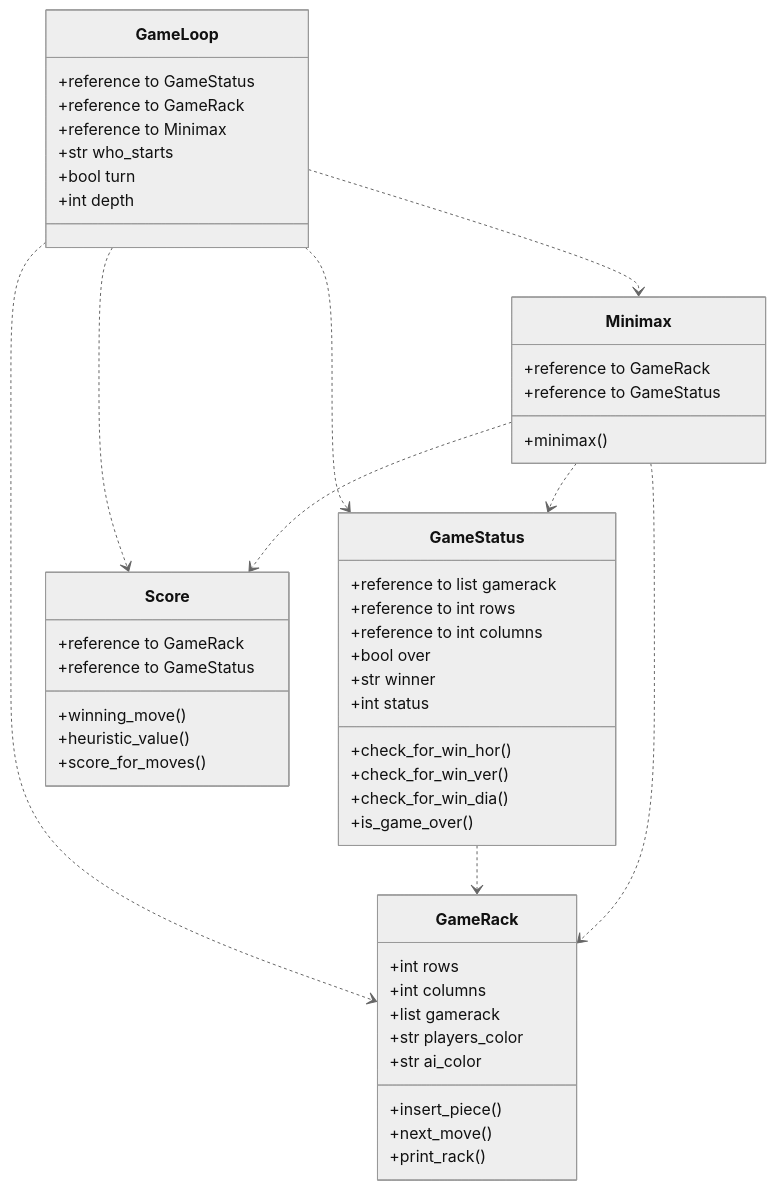
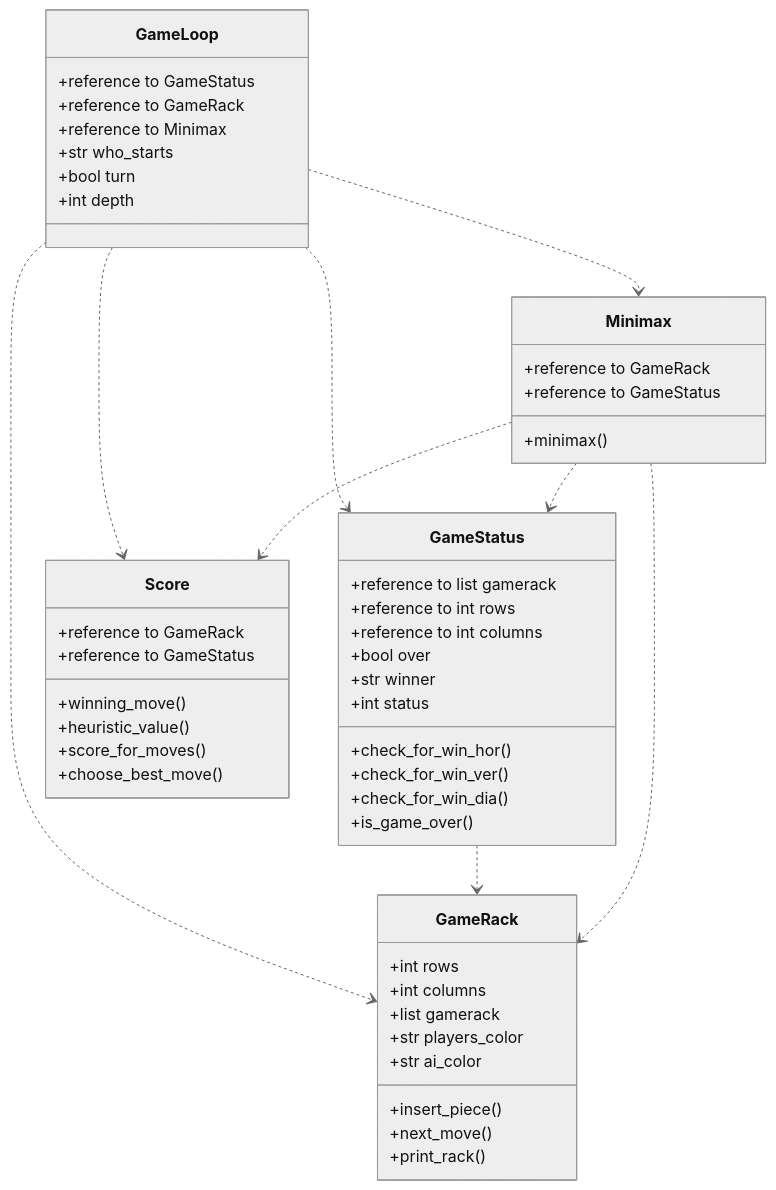
One commit to lottapispa/Connect-Four-tiralabra changed the diagram in documentation/implementation.md. Above: the diagram before and after it, drawn with Mermaid (neutral theme).

````diff
--- a/documentation/implementation.md
+++ b/documentation/implementation.md
@@ -4,53 +4,54 @@
 ```mermaid
 classDiagram
     GameLoop ..> GameStatus
     GameLoop ..> GameRack
     GameLoop ..> Minimax
     GameLoop ..> Score
     GameStatus ..> GameRack
     Minimax ..> GameStatus
     Minimax ..> GameRack
     Minimax ..> Score
     class GameLoop{
         +reference to GameStatus
         +reference to GameRack
         +reference to Minimax
         +str who_starts
         +bool turn
         +int depth
     }
     class GameStatus{
         +reference to list gamerack
         +reference to int rows
         +reference to int columns
         +bool over
         +str winner
         +int status
         +check_for_win_hor()
         +check_for_win_ver()
         +check_for_win_dia()
         +is_game_over()
     }
     class GameRack{
         +int rows
         +int columns
         +list gamerack
         +str players_color
         +str ai_color
         +insert_piece()
         +next_move()
         +print_rack()
     }
     class Minimax{
         +reference to GameRack
         +reference to GameStatus
         +minimax()
     }
     class Score{
         +reference to GameRack
         +reference to GameStatus
         +winning_move()
         +heuristic_value()
         +score_for_moves()
+        +choose_best_move()
     }
 ```
````
